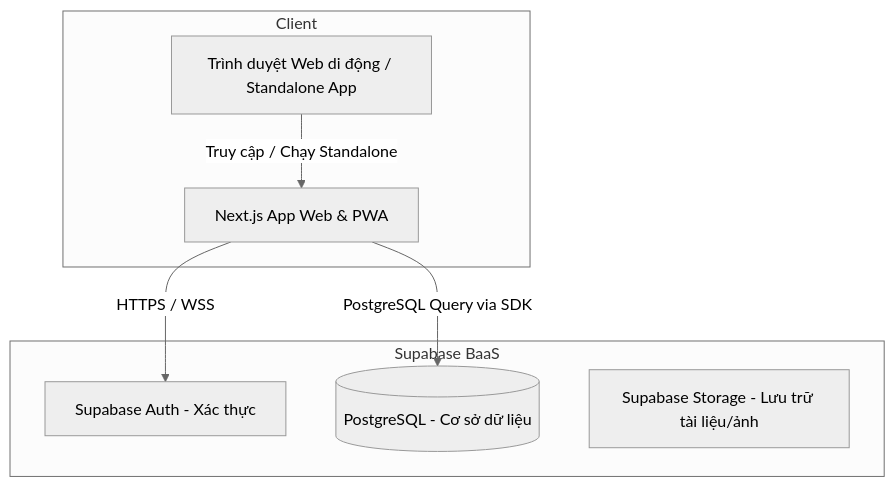
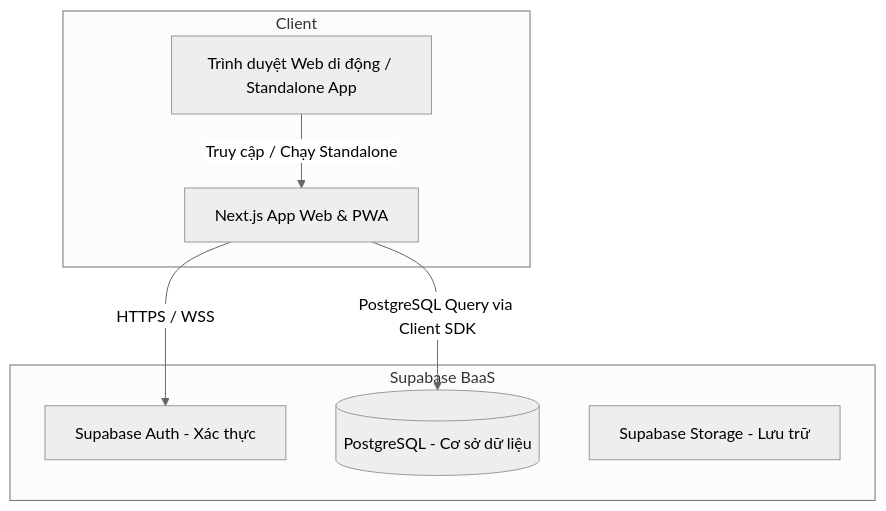
Before and after one commit to Tylerle95/Personal-finance: the first of 2 diagrams in README.md, drawn with Mermaid (neutral theme). The commit also changed other lines of this file and 1 other file, not shown here.

Commit message:
docs(readme): update README.md and add env.example for project structure and schema alignment

````diff
--- a/README.md
+++ b/README.md
@@ -11,17 +11,17 @@
 ```mermaid
 graph TD
     subgraph Client
         Next[Next.js App Web & PWA]
         Browser[Trình duyệt Web di động / Standalone App]
     end
 
     subgraph Supabase BaaS
         Auth[Supabase Auth - Xác thực]
         DB[(PostgreSQL - Cơ sở dữ liệu)]
-        Storage[Supabase Storage - Lưu trữ tài liệu/ảnh]
+        Storage[Supabase Storage - Lưu trữ]
     end
 
     Browser -->|Truy cập / Chạy Standalone| Next
     Next -->|HTTPS / WSS| Auth
-    Next -->|PostgreSQL Query via SDK| DB
+    Next -->|PostgreSQL Query via Client SDK| DB
 ```
````
